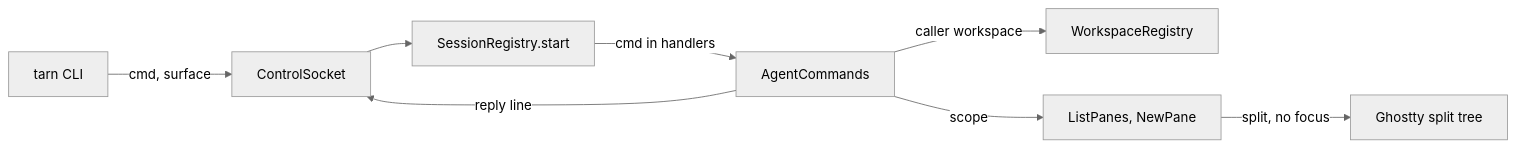
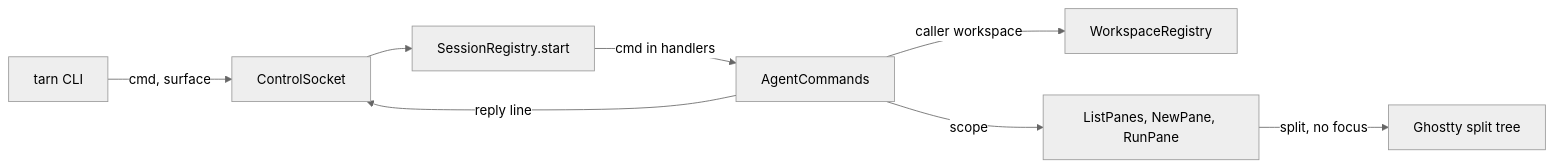
One commit to daniil4545/tarn changed the diagram in docs/modules/agent-commands.md. Above: the diagram before and after it, drawn with Mermaid (neutral theme). The commit also changed other lines of this file and 3 other files, not shown here.

````diff
--- a/docs/modules/agent-commands.md
+++ b/docs/modules/agent-commands.md
@@ -9,10 +9,10 @@
 ```mermaid
 flowchart LR
   cli["tarn CLI"] -->|"cmd, surface"| sock["ControlSocket"]
   sock --> reg["SessionRegistry.start"]
   reg -->|"cmd in handlers"| cmds["AgentCommands"]
   cmds -->|"caller workspace"| ws["WorkspaceRegistry"]
-  cmds -->|"scope"| handler["ListPanes, NewPane"]
+  cmds -->|"scope"| handler["ListPanes, NewPane, RunPane"]
   handler -->|"split, no focus"| tree["Ghostty split tree"]
   cmds -->|"reply line"| sock
 ```
````
